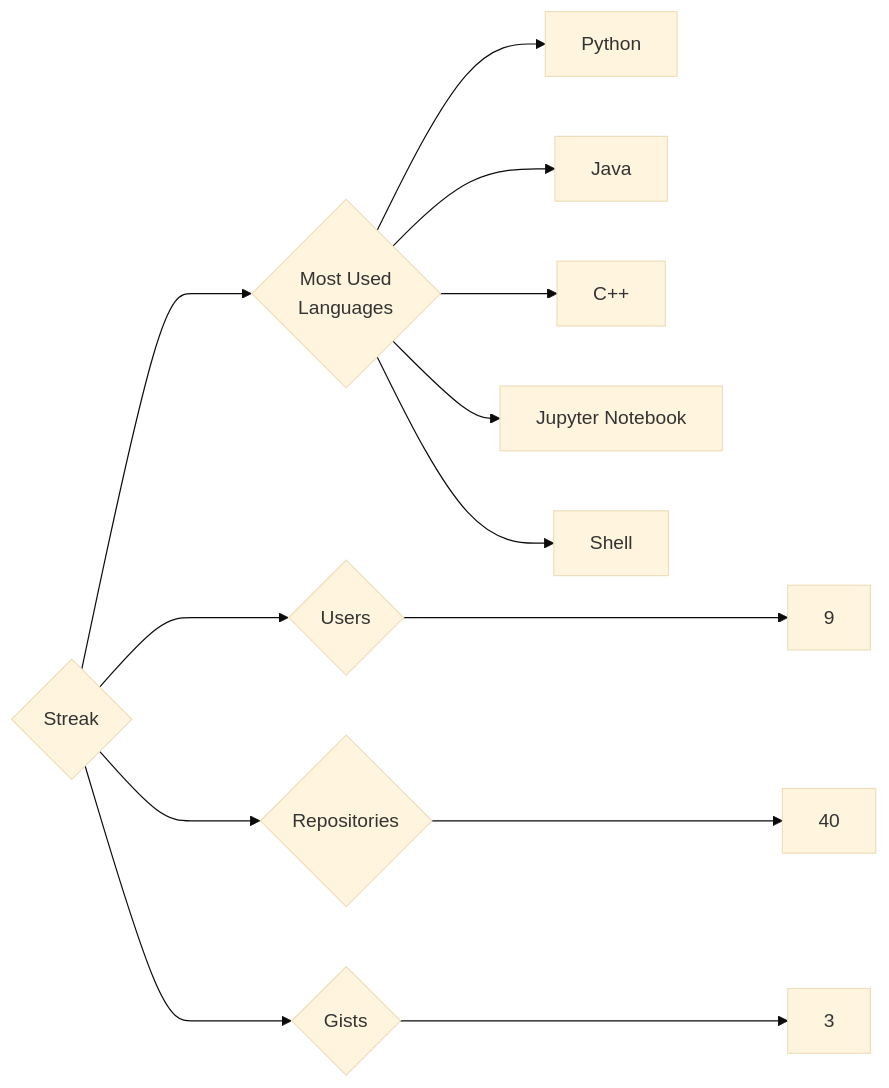
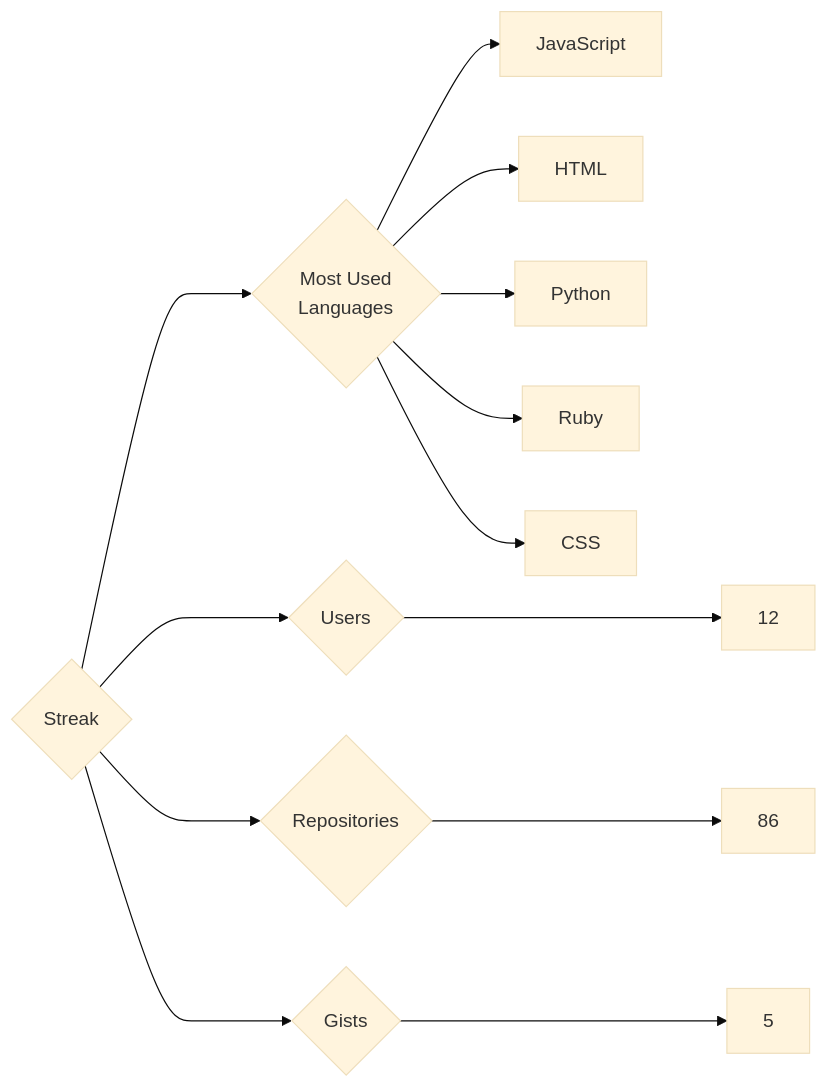
The diagram in targets/Streak/README.md (trickest/insiders), drawn with Mermaid (base theme) before and after one commit. The commit also changed 796 other files, not shown here.

````diff
--- a/targets/Streak/README.md
+++ b/targets/Streak/README.md
@@ -3,13 +3,13 @@
 ```mermaid
 graph LR
 COMPANY_NAME{Streak}
-COMPANY_NAME ---> U{Users} ---> UN[9]
-COMPANY_NAME ---> R{Repositories} ---> RN[40]
-COMPANY_NAME ---> G{Gists} ---> GN[3]
+COMPANY_NAME ---> U{Users} ---> UN[12]
+COMPANY_NAME ---> R{Repositories} ---> RN[86]
+COMPANY_NAME ---> G{Gists} ---> GN[5]
 COMPANY_NAME ---> ML{Most Used<br>Languages}
+ML --> JavaScript[JavaScript]
+ML --> HTML[HTML]
 ML --> Python[Python]
-ML --> Java[Java]
-ML --> C++[C++]
-ML --> Jupyter_Notebook[Jupyter Notebook]
-ML --> Shell[Shell]
+ML --> Ruby[Ruby]
+ML --> CSS[CSS]
 ```
````
